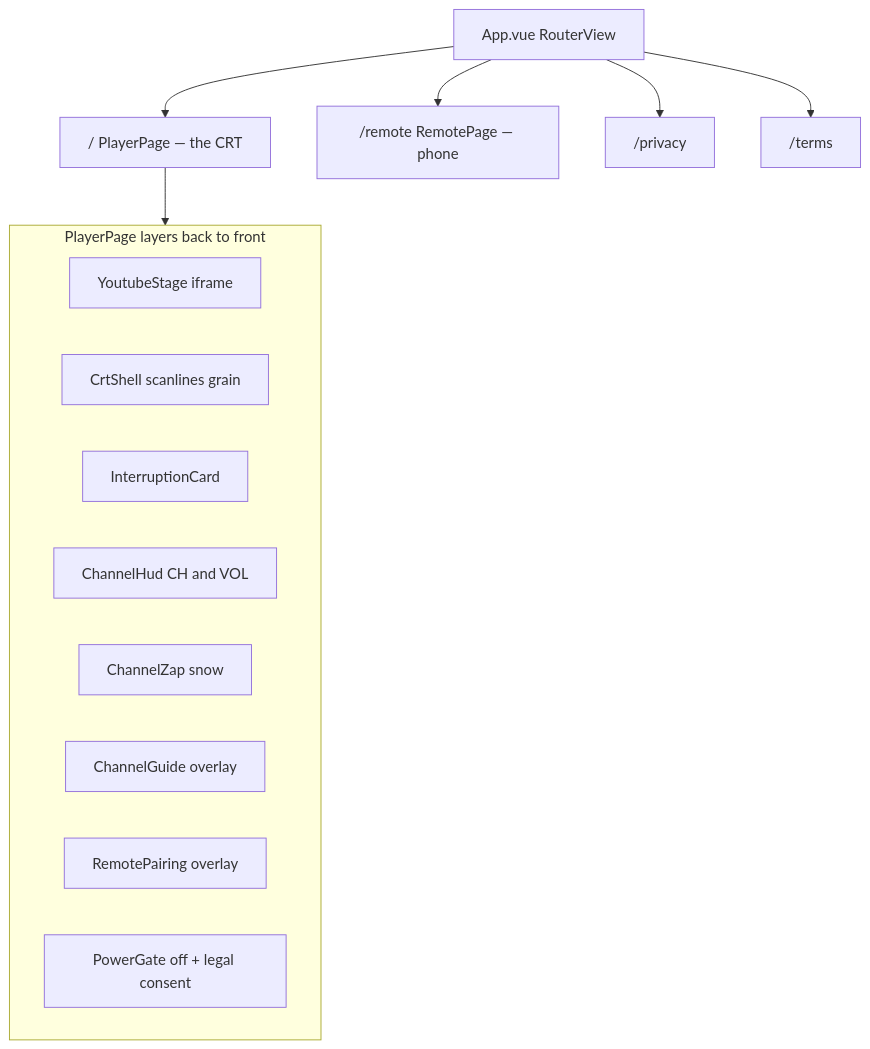
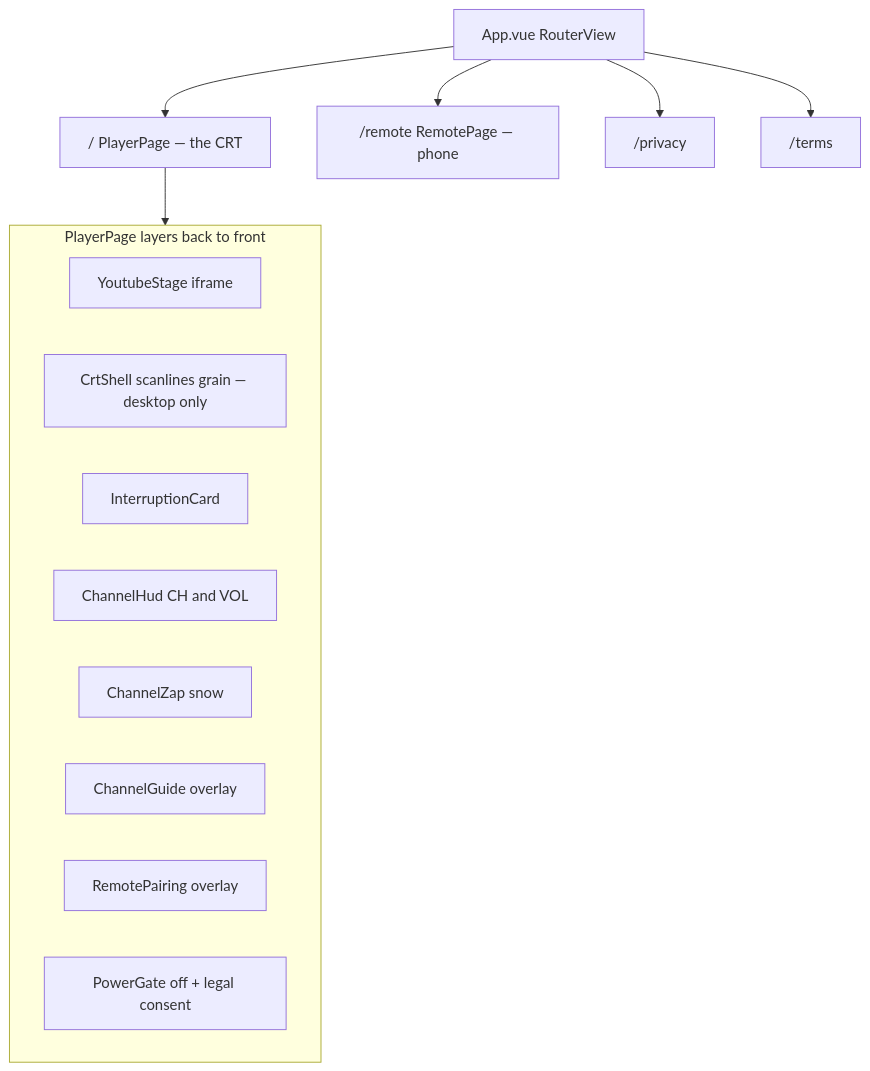
One commit to tusharv/positive-player changed the third of 8 diagrams in docs/architecture.md. Above: the diagram before and after it, drawn with Mermaid. The commit also changed other lines of this file and 15 other files, not shown here.

````diff
--- a/docs/architecture.md
+++ b/docs/architecture.md
@@ -77,21 +77,21 @@
 ```mermaid
 flowchart TB
   App[App.vue RouterView]
   App --> Player["/ PlayerPage — the CRT"]
   App --> Remote["/remote RemotePage — phone"]
   App --> Privacy["/privacy"]
   App --> Terms["/terms"]
 
   subgraph crt [PlayerPage layers back to front]
     YT[YoutubeStage iframe]
-    Shell[CrtShell scanlines grain]
+    Shell[CrtShell scanlines grain — desktop only]
     Card[InterruptionCard]
     HUD[ChannelHud CH and VOL]
     Zap[ChannelZap snow]
     Guide[ChannelGuide overlay]
     Pair[RemotePairing overlay]
     Gate[PowerGate off + legal consent]
   end
 
   Player --> crt
 ```
````
